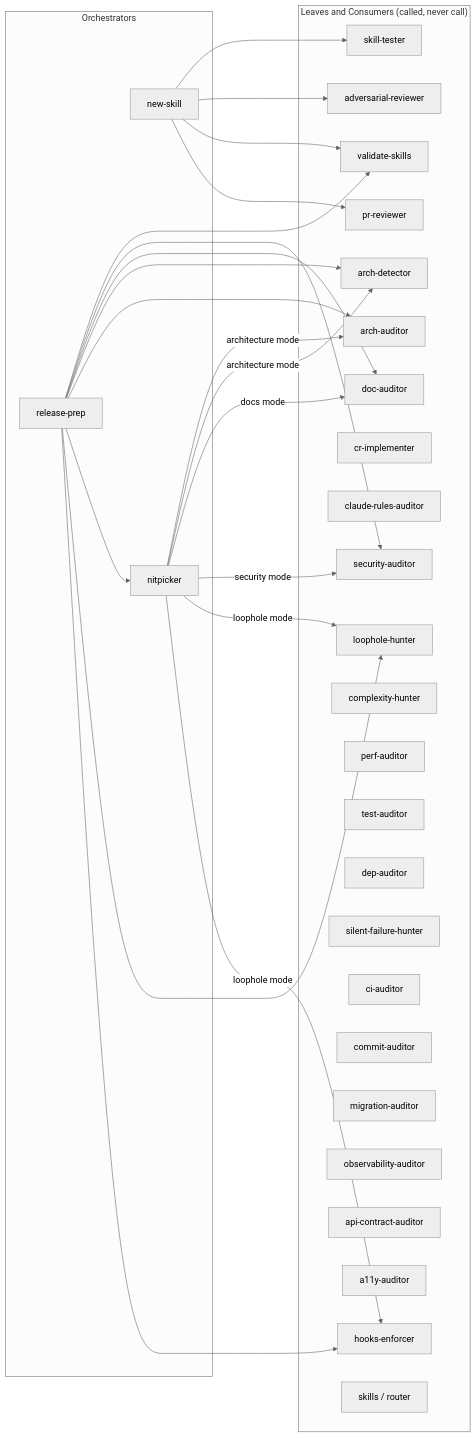
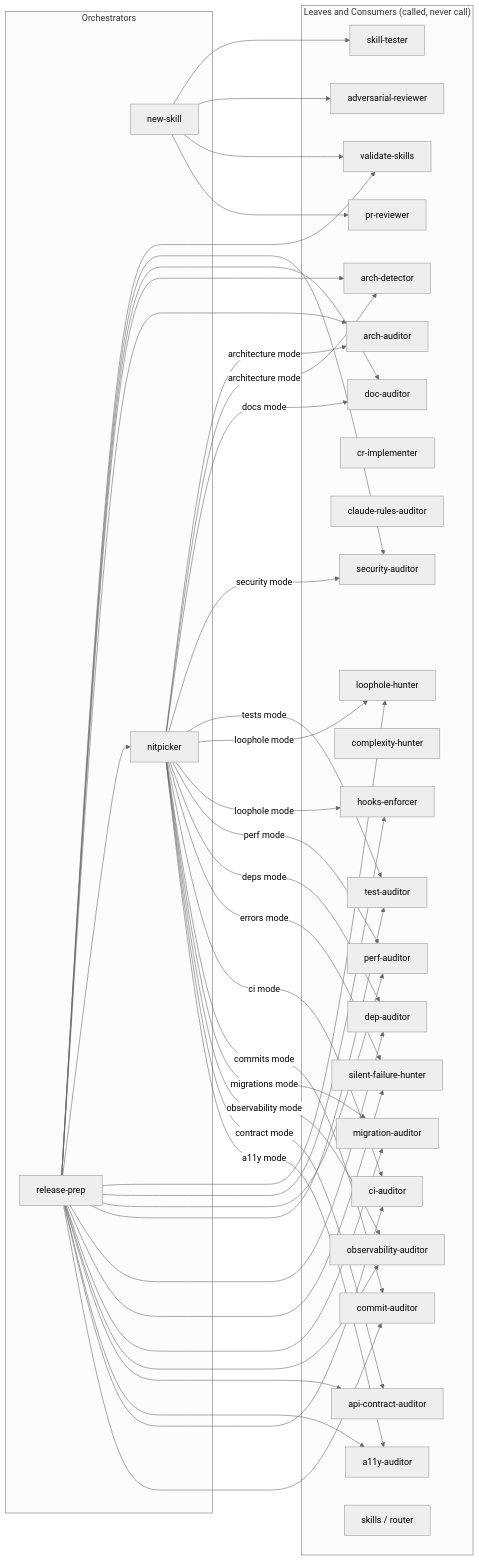
One commit to ivuorinen/skills changed the sixth of 6 diagrams in .claude/skills/README.md. Above: the diagram before and after it, drawn with Mermaid (neutral theme). The commit also changed other lines of this file and 5 other files, not shown here.

````diff
--- a/.claude/skills/README.md
+++ b/.claude/skills/README.md
@@ -362,56 +412,76 @@
 ```mermaid
 graph LR
     subgraph orchestrators["Orchestrators"]
         NS[new-skill]
         RP[release-prep]
         NP[nitpicker]
     end
 
     subgraph leaves["Leaves and Consumers (called, never call)"]
         AR[adversarial-reviewer]
         VS[validate-skills]
         AD[arch-detector]
         AA[arch-auditor]
         DA[doc-auditor]
         PR[pr-reviewer]
         SA[security-auditor]
         CRI[cr-implementer]
         CRA[claude-rules-auditor]
         LH[loophole-hunter]
         HE[hooks-enforcer]
         CH[complexity-hunter]
         PA[perf-auditor]
         TA[test-auditor]
         DEP[dep-auditor]
         SFH[silent-failure-hunter]
         CIA[ci-auditor]
         CMA[commit-auditor]
         MA[migration-auditor]
         OBA[observability-auditor]
         ACA[api-contract-auditor]
         AY[a11y-auditor]
         ST[skill-tester]
         SK[skills / router]
     end
 
     NS --> ST
     NS --> AR
     NS --> VS
     NS --> PR
 
     RP --> VS
     RP --> SA
     RP --> DA
     RP --> AD
     RP --> AA
     RP --> NP
     RP --> LH
     RP --> HE
+    RP --> PA
+    RP --> TA
+    RP --> DEP
+    RP --> SFH
+    RP --> MA
+    RP --> OBA
+    RP --> ACA
+    RP --> AY
+    RP --> CIA
+    RP --> CMA
 
     NP -->|architecture mode| AA
     NP -->|architecture mode| AD
     NP -->|docs mode| DA
     NP -->|security mode| SA
+    NP -->|tests mode| TA
     NP -->|loophole mode| LH
     NP -->|loophole mode| HE
+    NP -->|perf mode| PA
+    NP -->|deps mode| DEP
+    NP -->|errors mode| SFH
+    NP -->|ci mode| CIA
+    NP -->|commits mode| CMA
+    NP -->|migrations mode| MA
+    NP -->|observability mode| OBA
+    NP -->|contract mode| ACA
+    NP -->|a11y mode| AY
 ```
````
